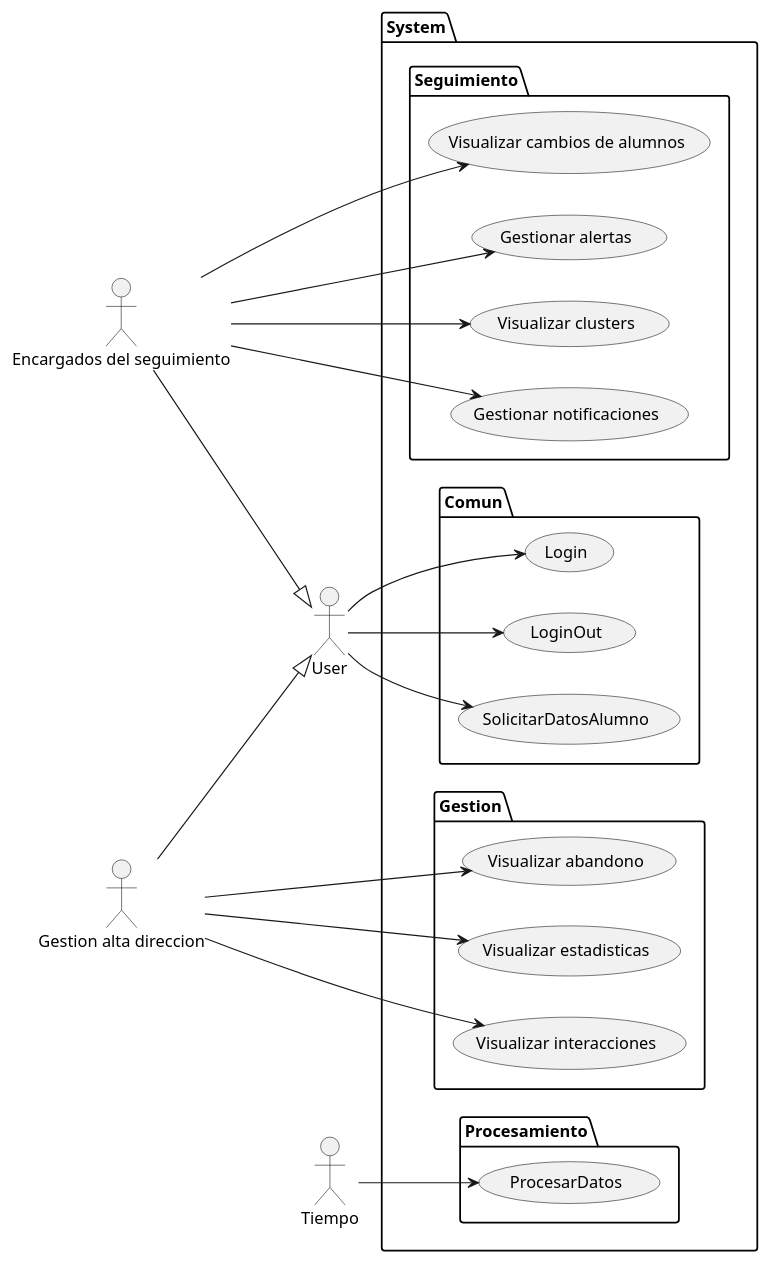
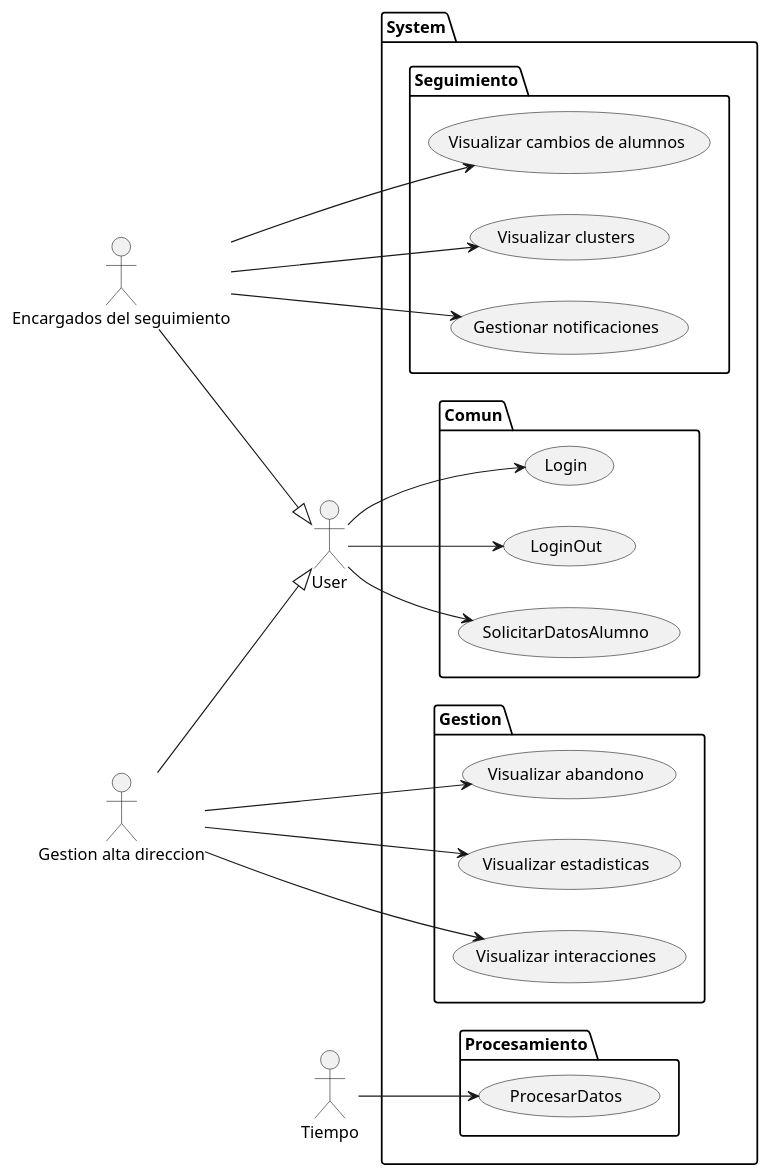
The diagram in 000-entregas/Grupo1/CasosDeUso/Cdu.puml (mmasias/IdSw1-22-23), drawn with PlantUML before and after one commit. The commit also changed 1 other file, not shown here.

```diff
--- a/000-entregas/Grupo1/CasosDeUso/Cdu.puml
+++ b/000-entregas/Grupo1/CasosDeUso/Cdu.puml
@@ -1,51 +1,49 @@
 @startuml Casos de uso football
 left to right direction
 
 actor User
 actor "Gestion alta direccion" as GAD
 actor "Encargados del seguimiento"	as ESA
 actor "Tiempo" as Tiempo
 
 User <|-u- GAD
 User <|-u- ESA
 
 package System {
 
   package Comun {
     usecase "Login" as Login
     usecase "LoginOut" as LoginOut
     usecase "SolicitarDatosAlumno" as SDA
   }
   package Gestion {
     usecase "Visualizar abandono" as VA
     usecase "Visualizar estadisticas" as VE
     usecase "Visualizar interacciones" as VI
   }
   package Seguimiento {
     usecase "Visualizar cambios de alumnos" as VC
-    usecase "Gestionar alertas" as GA
     usecase "Visualizar clusters" as VCL
     usecase "Gestionar notificaciones" as GN
   }
   package Procesamiento {
     usecase "ProcesarDatos" as PD
   }
 }
 
 
 User --> (Login)
 User --> (LoginOut)
 User --> (SDA)
 
 GAD --> (VA)
 GAD --> (VE)
 GAD --> (VI)
 
 ESA --> (VC)
-ESA --> (GA)
 ESA --> (VCL)
 ESA --> (GN)
 
 Tiempo --> PD
 
 @enduml
```
